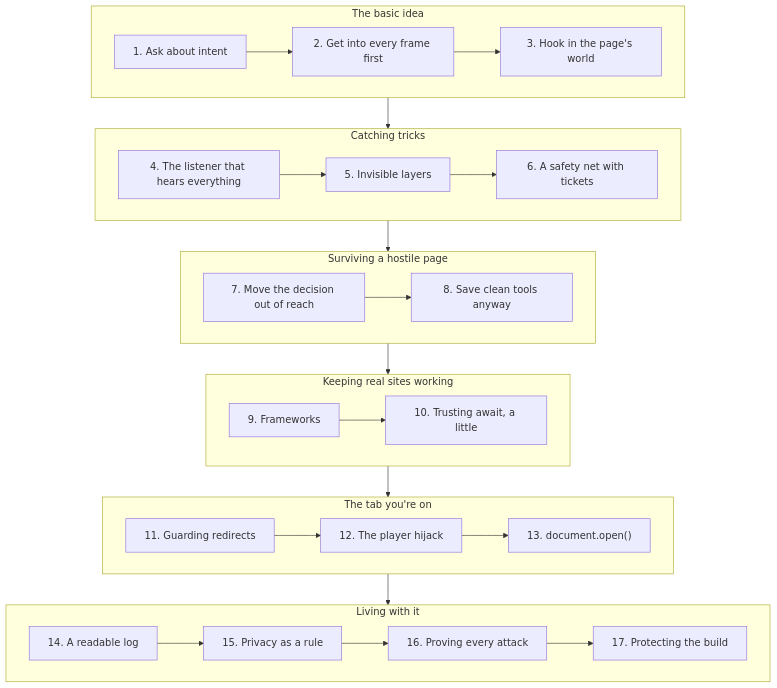
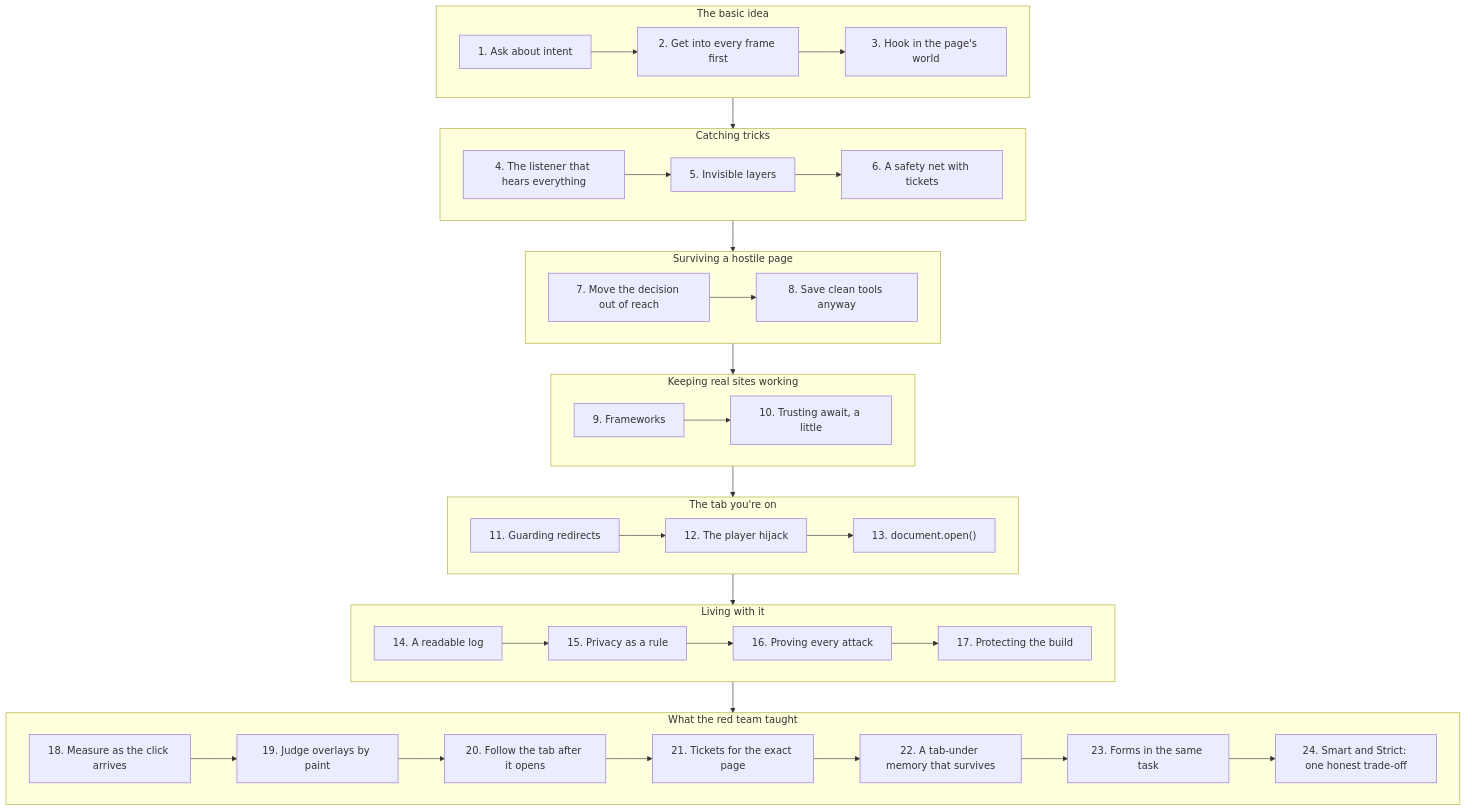
One commit to madironman/popshield changed the first of 2 diagrams in docs/learn/04-decisions.md. Above: the diagram before and after it, drawn with Mermaid. The commit also changed other lines of this file and 23 other files, not shown here.

````diff
--- a/docs/learn/04-decisions.md
+++ b/docs/learn/04-decisions.md
@@ -17,26 +17,32 @@
 ```mermaid
 flowchart TD
     subgraph A["The basic idea"]
         D1["1. Ask about intent"] --> D2["2. Get into every frame first"]
         D2 --> D3["3. Hook in the page's world"]
     end
     subgraph B["Catching tricks"]
         D4["4. The listener that hears everything"] --> D5["5. Invisible layers"]
         D5 --> D6["6. A safety net with tickets"]
     end
     subgraph C["Surviving a hostile page"]
         D7["7. Move the decision out of reach"] --> D8["8. Save clean tools anyway"]
     end
     subgraph D["Keeping real sites working"]
         D9["9. Frameworks"] --> D10["10. Trusting await, a little"]
     end
     subgraph E["The tab you're on"]
         D11["11. Guarding redirects"] --> D12["12. The player hijack"]
         D12 --> D13["13. document.open()"]
     end
     subgraph F["Living with it"]
         D14["14. A readable log"] --> D15["15. Privacy as a rule"]
         D15 --> D16["16. Proving every attack"] --> D17["17. Protecting the build"]
     end
-    A --> B --> C --> D --> E --> F
+    subgraph G["What the red team taught"]
+        D18["18. Measure as the click arrives"] --> D19["19. Judge overlays by paint"]
+        D19 --> D20["20. Follow the tab after it opens"] --> D21["21. Tickets for the exact page"]
+        D21 --> D22["22. A tab-under memory that survives"] --> D23["23. Forms in the same task"]
+        D23 --> D24["24. Smart and Strict: one honest trade-off"]
+    end
+    A --> B --> C --> D --> E --> F --> G
 ```
````
